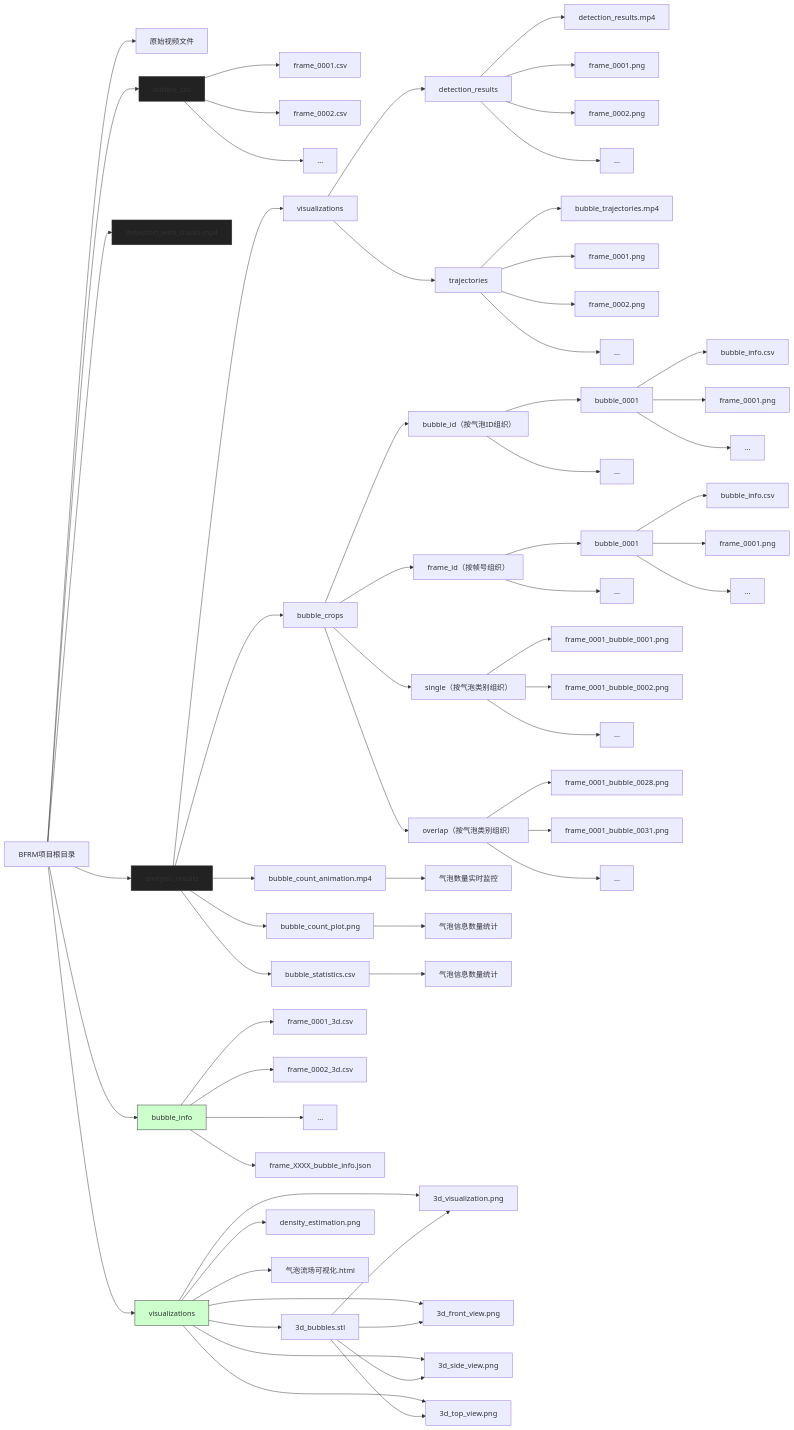
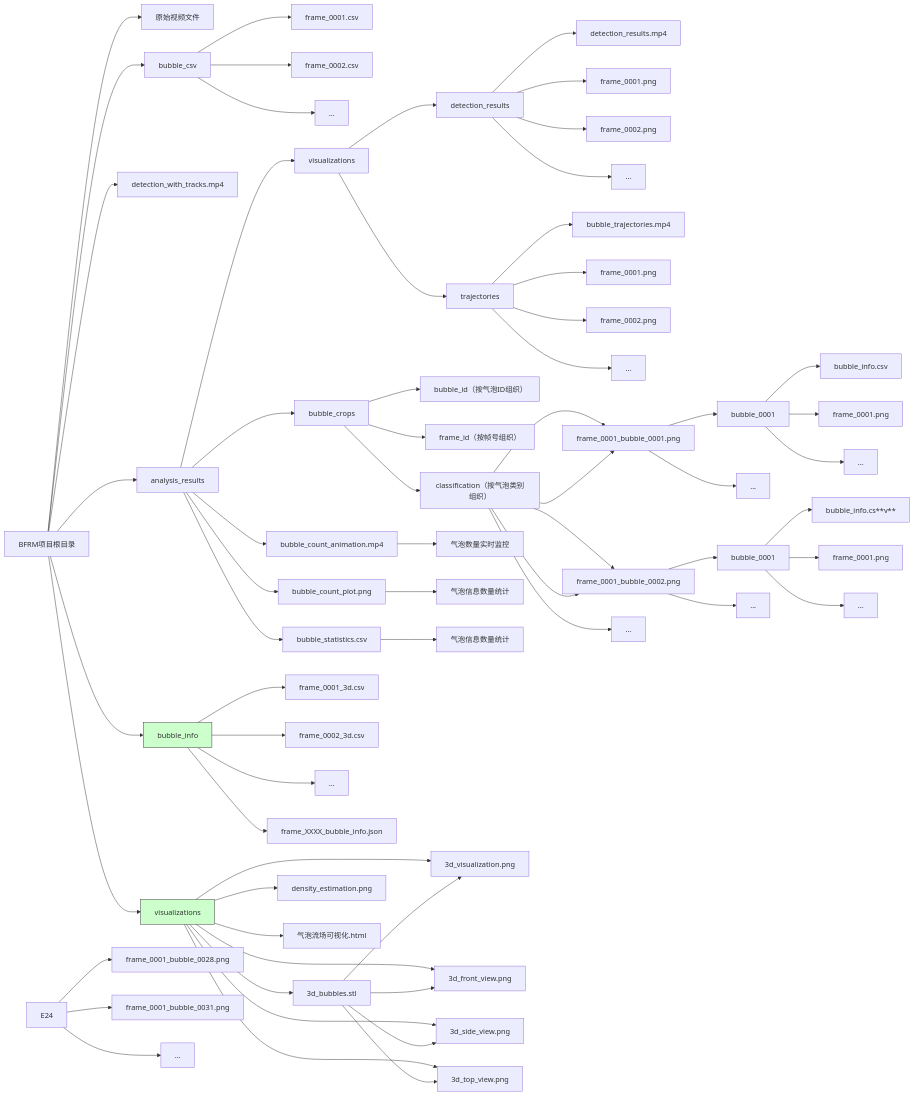
Before and after one commit to AI4CT/BFRM: the second of 2 diagrams in 流程图.md, drawn with Mermaid. The commit also changed other lines of this file and 219 other files, not shown here.

Commit message:
新增三维可视化功能；删除单图像序列读取功能；更新流程图。

````diff
--- a/流程图.md
+++ b/流程图.md
@@ -93,22 +107,24 @@
     
     E2 --> E21[bubble_id（按气泡ID组织）]
     E2 --> E22[frame_id（按帧号组织）]
-    E2 --> E23[single（按气泡类别组织）]
-    E2 --> E24[overlap（按气泡类别组织）]
+    E2 --> E23[classification（按气泡类别组织）]
 
-    E21 --> E211[bubble_0001]
-    E21 --> E212[...]
+    E23 --> E231[single（按气泡类别组织）]
+    E23 --> E232[overlap（按气泡类别组织）]
 
-    E211 --> E2111[bubble_info.csv]
-    E211 --> E2112[frame_0001.png]
-    E211 --> E2113[...]
+    E231 --> E2311[bubble_0001]
+    E231 --> E2312[...]
+
+    E2311 --> E23111[bubble_info.csv]
+    E2311 --> E23112[frame_0001.png]
+    E2311 --> E23113[...]
     
-    E22 --> E221[bubble_0001]
-    E22 --> E222[...]
+    E232 --> E2321[bubble_0001]
+    E232 --> E2322[...]
 
-    E221 --> E2211[bubble_info.csv]
-    E221 --> E2212[frame_0001.png]
-    E221 --> E2213[...]
+    E2321 --> E23211[bubble_info.cs**v**]
+    E2321 --> E23212[frame_0001.png]
+    E2321 --> E23213[...]
 
     E23 --> E231[frame_0001_bubble_0001.png]
     E23 --> E232[frame_0001_bubble_0002.png]
@@ -140,12 +156,6 @@
     G --> G6[density_estimation.png]
     G --> G7[气泡流场可视化.html]
 
-
-
-    
-    style C fill:#222222,stroke:#333
-    style D fill:#222222,stroke:#333
-    style E fill:#222222,stroke:#333
     style F fill:#cfc,stroke:#333
     style G fill:#cfc,stroke:#333
 ```
````
